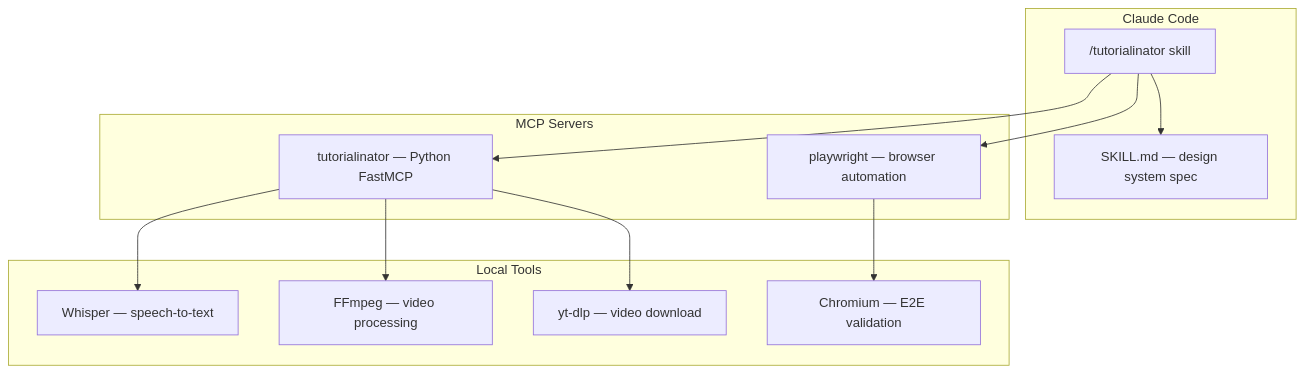
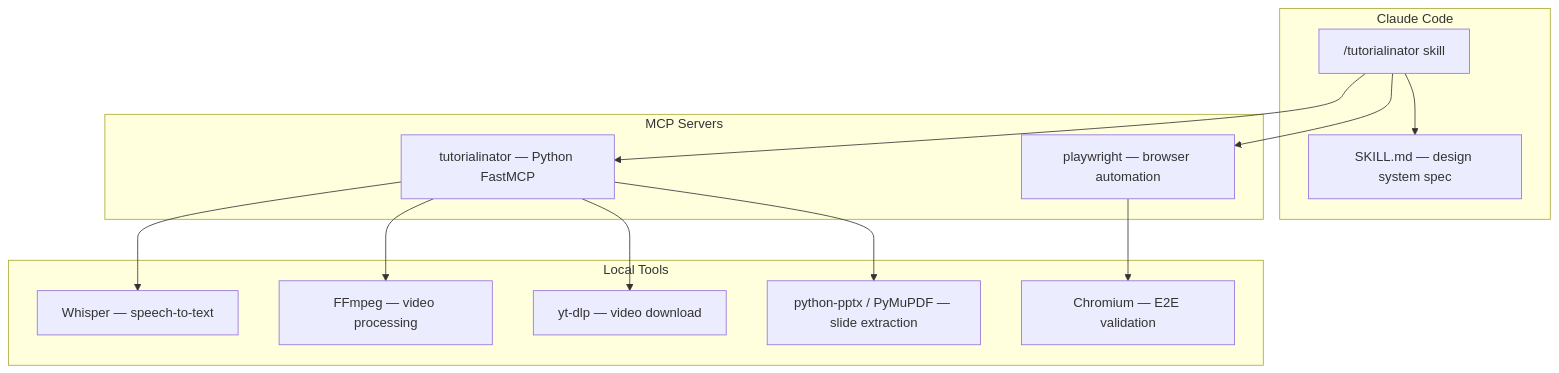
The third of 3 diagrams in README.md (masudl-hub/tutorialinator), drawn with Mermaid before and after one commit. The commit also changed other lines of this file and 5 other files, not shown here.

````diff
--- a/README.md
+++ b/README.md
@@ -258,27 +257,29 @@
 ```mermaid
 graph TB
     subgraph "Claude Code"
         A["/tutorialinator skill"]
         B["SKILL.md — design system spec"]
     end
 
     subgraph "MCP Servers"
         C["tutorialinator — Python FastMCP"]
         D["playwright — browser automation"]
     end
 
     subgraph "Local Tools"
         E["Whisper — speech-to-text"]
         F["FFmpeg — video processing"]
         G["yt-dlp — video download"]
-        H["Chromium — E2E validation"]
+        H["python-pptx / PyMuPDF — slide extraction"]
+        I["Chromium — E2E validation"]
     end
 
     A --> B
     A --> C
     A --> D
     C --> E
     C --> F
     C --> G
-    D --> H
+    C --> H
+    D --> I
 ```
````
